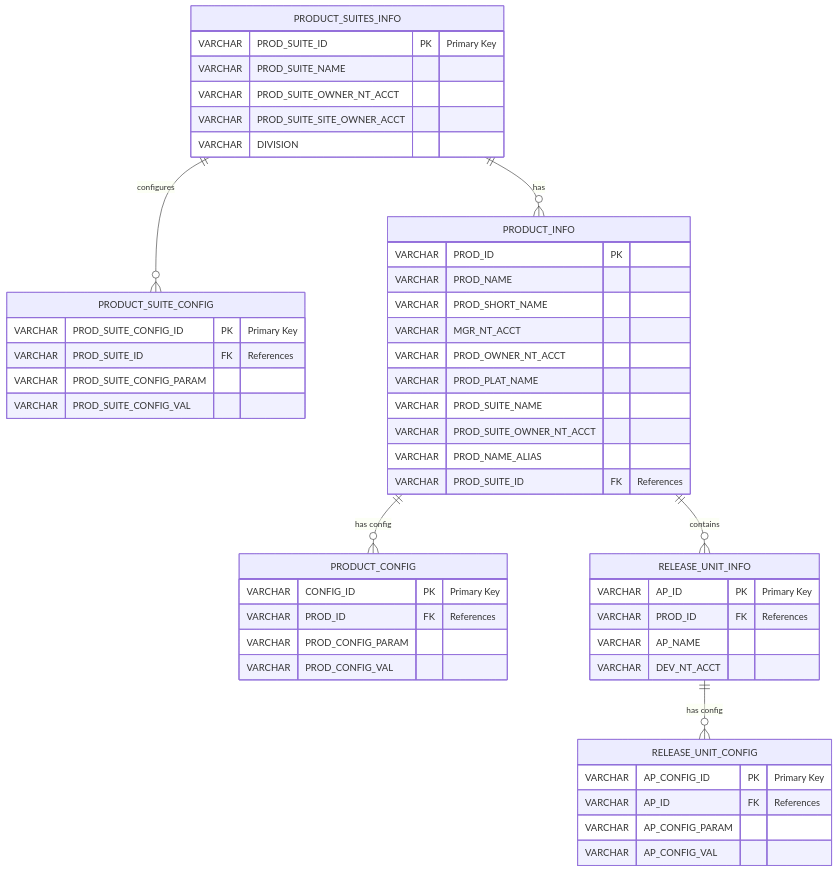
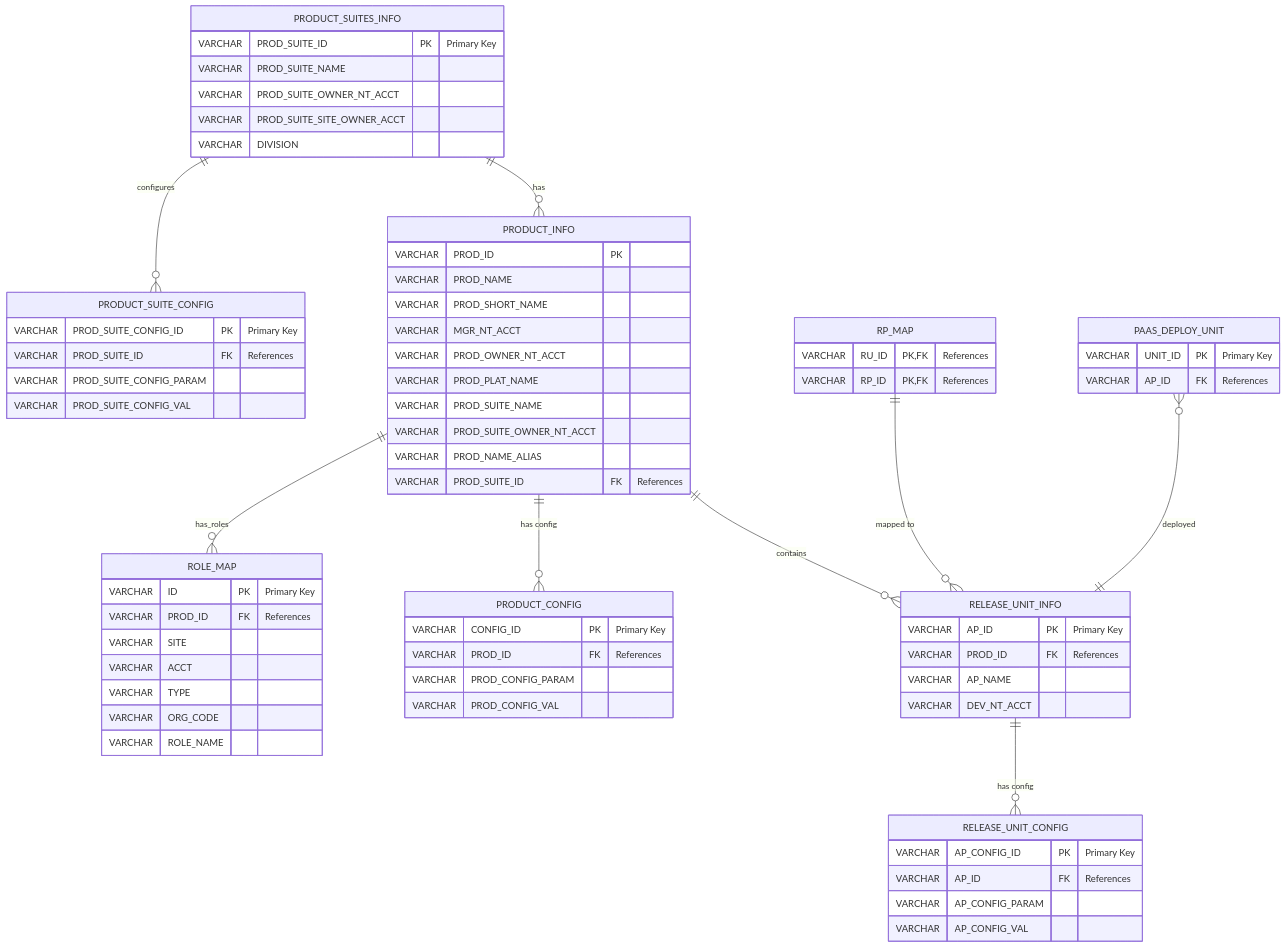
One commit to terenzio/DBMigrationPrototype changed the diagram in docs/erDiagram.mmd. Above: the diagram before and after it, drawn with Mermaid. The commit also changed 1 other file, not shown here.

Commit message:
latest ER diagram

```diff
--- a/docs/erDiagram.mmd
+++ b/docs/erDiagram.mmd
@@ -1,55 +1,78 @@
 erDiagram
     PRODUCT_SUITES_INFO {
         VARCHAR PROD_SUITE_ID PK "Primary Key"
         VARCHAR PROD_SUITE_NAME ""
         VARCHAR PROD_SUITE_OWNER_NT_ACCT ""
         VARCHAR PROD_SUITE_SITE_OWNER_ACCT ""        
         VARCHAR DIVISION ""
     }
 
     PRODUCT_SUITE_CONFIG {
         VARCHAR PROD_SUITE_CONFIG_ID PK "Primary Key"
         VARCHAR PROD_SUITE_ID FK "References"
         VARCHAR PROD_SUITE_CONFIG_PARAM ""
         VARCHAR PROD_SUITE_CONFIG_VAL "" 
     }
 
     PRODUCT_INFO {
         VARCHAR PROD_ID PK ""
         VARCHAR PROD_NAME ""
         VARCHAR PROD_SHORT_NAME ""
         VARCHAR MGR_NT_ACCT ""
         VARCHAR PROD_OWNER_NT_ACCT ""
         VARCHAR PROD_PLAT_NAME ""
         VARCHAR PROD_SUITE_NAME ""
         VARCHAR PROD_SUITE_OWNER_NT_ACCT ""
         VARCHAR PROD_NAME_ALIAS ""
         VARCHAR PROD_SUITE_ID FK "References"
     }
 
     PRODUCT_CONFIG {
         VARCHAR CONFIG_ID PK "Primary Key"
         VARCHAR PROD_ID FK "References"
         VARCHAR PROD_CONFIG_PARAM ""
         VARCHAR PROD_CONFIG_VAL ""
     }
 
     RELEASE_UNIT_INFO {
         VARCHAR AP_ID PK "Primary Key"
         VARCHAR PROD_ID FK "References"
         VARCHAR AP_NAME ""
         VARCHAR DEV_NT_ACCT ""
     }
 
     RELEASE_UNIT_CONFIG {
         VARCHAR AP_CONFIG_ID PK "Primary Key"
         VARCHAR AP_ID FK "References"
         VARCHAR AP_CONFIG_PARAM ""
         VARCHAR AP_CONFIG_VAL ""
     }
 
+    ROLE_MAP {
+        VARCHAR ID PK "Primary Key"
+        VARCHAR PROD_ID FK "References"
+        VARCHAR SITE ""
+        VARCHAR ACCT ""
+        VARCHAR TYPE ""
+        VARCHAR ORG_CODE ""
+        VARCHAR ROLE_NAME ""
+    }
+
     PRODUCT_SUITES_INFO ||--o{ PRODUCT_SUITE_CONFIG : "configures"
     PRODUCT_SUITES_INFO ||--o{ PRODUCT_INFO : "has"
+    PRODUCT_INFO ||--o{ ROLE_MAP : "has_roles"
     PRODUCT_INFO ||--o{ PRODUCT_CONFIG : "has config"
     PRODUCT_INFO ||--o{ RELEASE_UNIT_INFO : "contains"
     RELEASE_UNIT_INFO ||--o{ RELEASE_UNIT_CONFIG : "has config"
+    RP_MAP ||--o{ RELEASE_UNIT_INFO : "mapped to"
+    PAAS_DEPLOY_UNIT }o--|| RELEASE_UNIT_INFO : "deployed"
+
+    RP_MAP {
+        VARCHAR RU_ID PK,FK "References"
+        VARCHAR RP_ID PK,FK "References"
+    }
+
+    PAAS_DEPLOY_UNIT {
+        VARCHAR UNIT_ID PK "Primary Key"
+        VARCHAR AP_ID FK "References"
+    }
```
